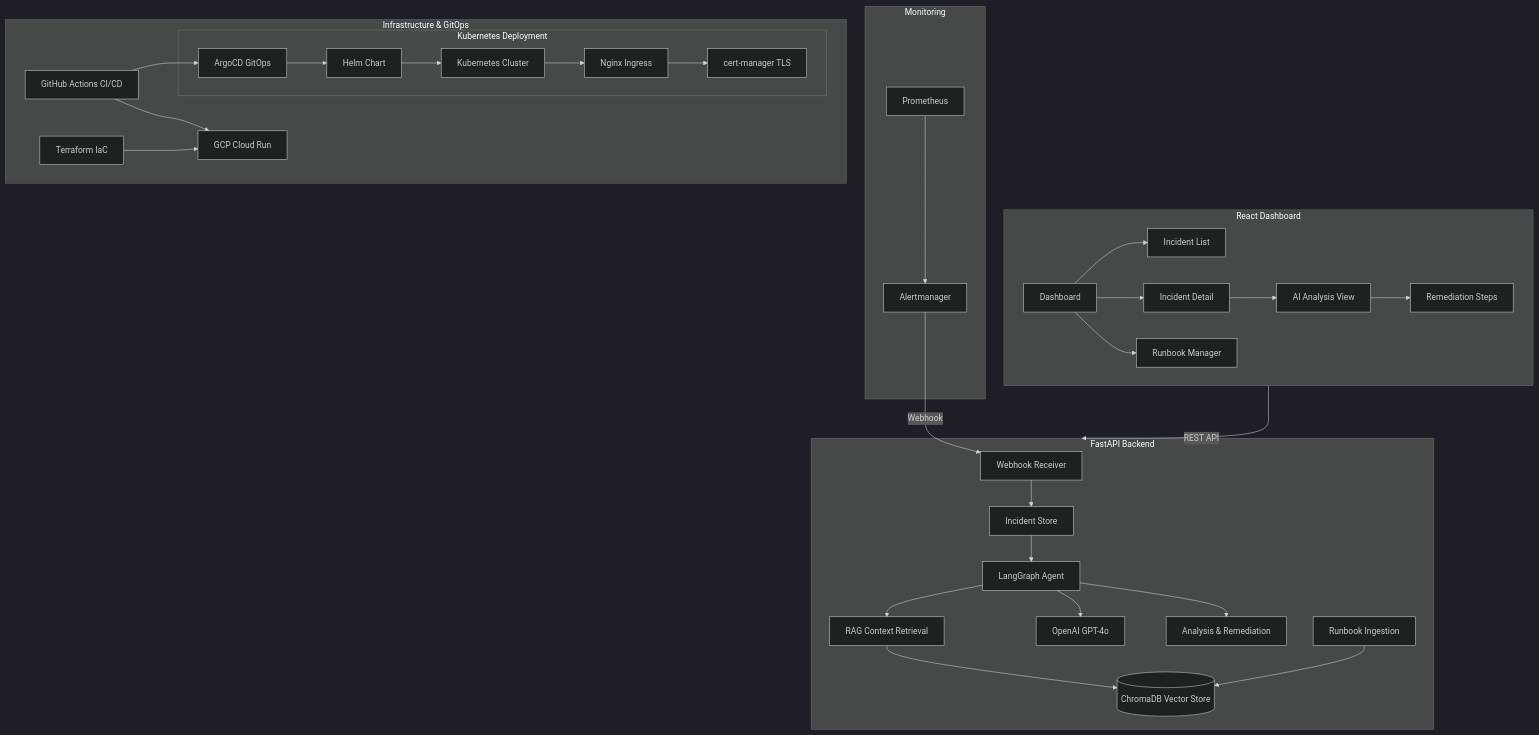
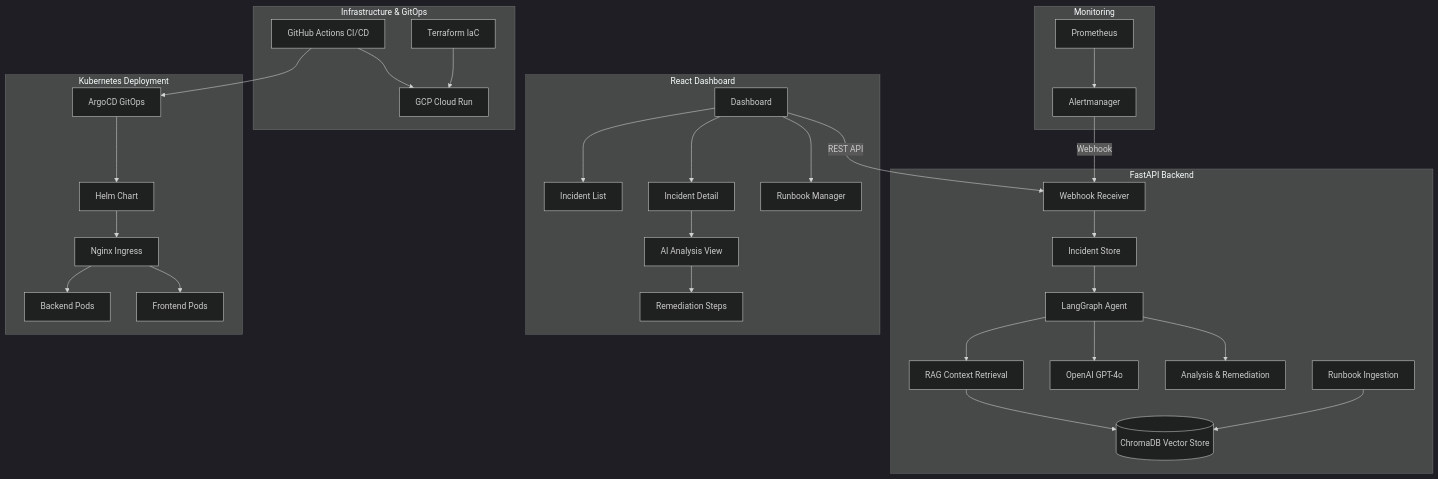
The diagram in README.md (MohamedGouda99/ai-incident-responder), drawn with Mermaid (dark theme) before and after one commit.

Commit message:
Fix Mermaid architecture diagram rendering

````diff
--- a/README.md
+++ b/README.md
@@ -7,44 +7,44 @@
 ```mermaid
 graph TB
     subgraph Monitoring
         PM[Prometheus] --> AM[Alertmanager]
     end
 
     subgraph Backend [FastAPI Backend]
         WH[Webhook Receiver] --> IS[Incident Store]
         IS --> AG[LangGraph Agent]
         AG --> RC[RAG Context Retrieval]
         RC --> CV[(ChromaDB Vector Store)]
         AG --> LLM[OpenAI GPT-4o]
         AG --> AN[Analysis & Remediation]
         RB[Runbook Ingestion] --> CV
     end
 
     subgraph Frontend [React Dashboard]
         DB[Dashboard] --> IL[Incident List]
         DB --> ID[Incident Detail]
         DB --> RM[Runbook Manager]
         ID --> AA[AI Analysis View]
         AA --> RS[Remediation Steps]
     end
 
     AM -->|Webhook| WH
-    Frontend -->|REST API| Backend
+    DB -->|REST API| WH
 
     subgraph Infrastructure [Infrastructure & GitOps]
         GH[GitHub Actions CI/CD]
         TF[Terraform IaC]
         CR[GCP Cloud Run]
         GH --> CR
+        TF --> CR
+    end
 
-        subgraph Kubernetes [Kubernetes Deployment]
-            HLM[Helm Chart] --> K8S[Kubernetes Cluster]
-            ARGO[ArgoCD GitOps] --> HLM
-            K8S --> ING[Nginx Ingress]
-            ING --> CM[cert-manager TLS]
-        end
+    subgraph Kubernetes [Kubernetes Deployment]
+        HLM[Helm Chart] --> ING[Nginx Ingress]
+        ARGO[ArgoCD GitOps] --> HLM
+        ING --> BKPOD[Backend Pods]
+        ING --> FEPOD[Frontend Pods]
+    end
 
-        TF --> CR
-        GH --> ARGO
-    end
+    GH --> ARGO
 ```
````
